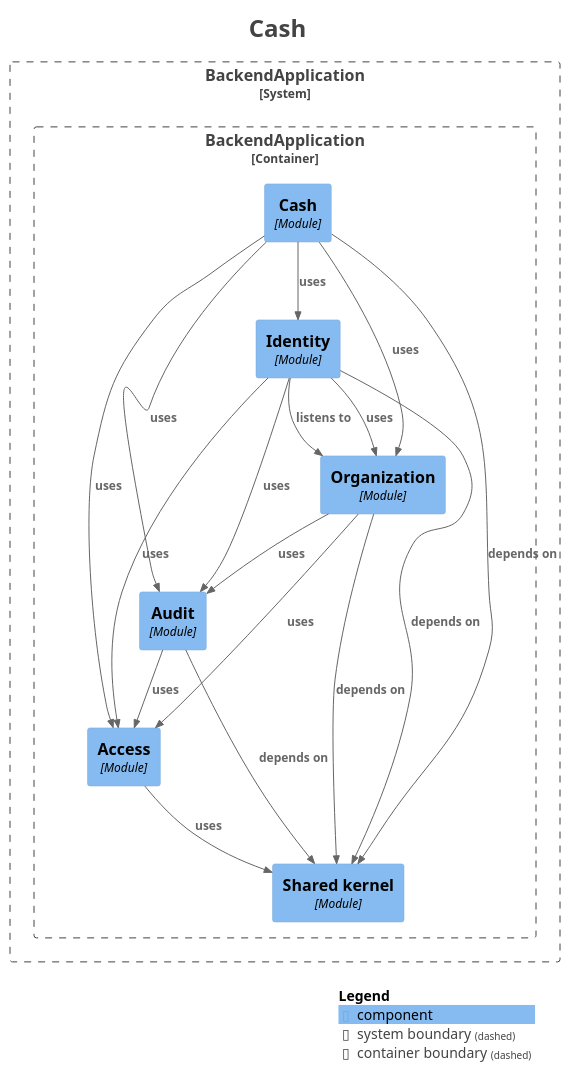
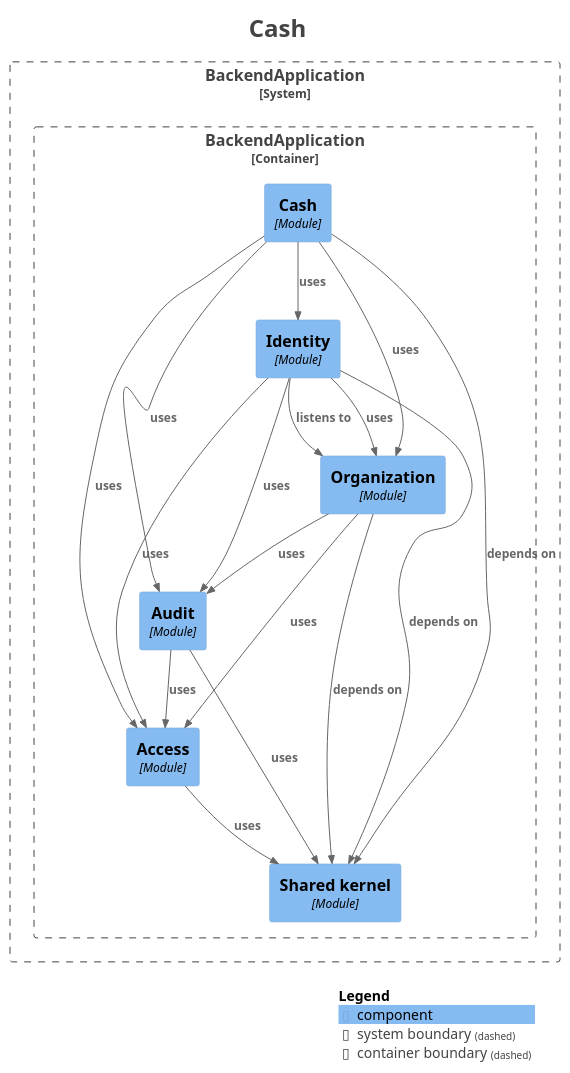
One commit to fxavier/restaurantePRO changed the diagram in docs/architecture/modules/module-cash.puml. Above: the diagram before and after it, drawn with PlantUML. The commit also changed 23 other files, not shown here.

```diff
--- a/docs/architecture/modules/module-cash.puml
+++ b/docs/architecture/modules/module-cash.puml
@@ -1,49 +1,49 @@
 @startuml
 title <size:24>Cash</size>
 
 set separator none
 top to bottom direction
 
 <style>
   root {
     BackgroundColor: #ffffff
     FontColor: #444444
   }
 </style>
 
 !include <C4/C4>
 !include <C4/C4_Context>
 !include <C4/C4_Component>
 
 System_Boundary("BackendApplication_boundary", "BackendApplication", $tags="") {
   Container_Boundary("BackendApplication.BackendApplication_boundary", "BackendApplication", $tags="") {
     Component(BackendApplication.BackendApplication.Identity, "Identity", $techn="Module", $descr="", $tags="", $link="")
     Component(BackendApplication.BackendApplication.Cash, "Cash", $techn="Module", $descr="", $tags="", $link="")
     Component(BackendApplication.BackendApplication.Sharedkernel, "Shared kernel", $techn="Module", $descr="", $tags="", $link="")
     Component(BackendApplication.BackendApplication.Access, "Access", $techn="Module", $descr="", $tags="", $link="")
     Component(BackendApplication.BackendApplication.Audit, "Audit", $techn="Module", $descr="", $tags="", $link="")
     Component(BackendApplication.BackendApplication.Organization, "Organization", $techn="Module", $descr="", $tags="", $link="")
   }
 
 }
 
+Rel(BackendApplication.BackendApplication.Organization, BackendApplication.BackendApplication.Sharedkernel, "depends on", $techn="", $tags="", $link="")
+Rel(BackendApplication.BackendApplication.Organization, BackendApplication.BackendApplication.Audit, "uses", $techn="", $tags="", $link="")
+Rel(BackendApplication.BackendApplication.Organization, BackendApplication.BackendApplication.Access, "uses", $techn="", $tags="", $link="")
+Rel(BackendApplication.BackendApplication.Cash, BackendApplication.BackendApplication.Sharedkernel, "depends on", $techn="", $tags="", $link="")
+Rel(BackendApplication.BackendApplication.Cash, BackendApplication.BackendApplication.Access, "uses", $techn="", $tags="", $link="")
+Rel(BackendApplication.BackendApplication.Cash, BackendApplication.BackendApplication.Audit, "uses", $techn="", $tags="", $link="")
+Rel(BackendApplication.BackendApplication.Cash, BackendApplication.BackendApplication.Organization, "uses", $techn="", $tags="", $link="")
+Rel(BackendApplication.BackendApplication.Cash, BackendApplication.BackendApplication.Identity, "uses", $techn="", $tags="", $link="")
 Rel(BackendApplication.BackendApplication.Audit, BackendApplication.BackendApplication.Access, "uses", $techn="", $tags="", $link="")
+Rel(BackendApplication.BackendApplication.Audit, BackendApplication.BackendApplication.Sharedkernel, "uses", $techn="", $tags="", $link="")
+Rel(BackendApplication.BackendApplication.Access, BackendApplication.BackendApplication.Sharedkernel, "uses", $techn="", $tags="", $link="")
 Rel(BackendApplication.BackendApplication.Identity, BackendApplication.BackendApplication.Organization, "listens to", $techn="", $tags="", $link="")
 Rel(BackendApplication.BackendApplication.Identity, BackendApplication.BackendApplication.Sharedkernel, "depends on", $techn="", $tags="", $link="")
 Rel(BackendApplication.BackendApplication.Identity, BackendApplication.BackendApplication.Access, "uses", $techn="", $tags="", $link="")
 Rel(BackendApplication.BackendApplication.Identity, BackendApplication.BackendApplication.Audit, "uses", $techn="", $tags="", $link="")
 Rel(BackendApplication.BackendApplication.Identity, BackendApplication.BackendApplication.Organization, "uses", $techn="", $tags="", $link="")
-Rel(BackendApplication.BackendApplication.Organization, BackendApplication.BackendApplication.Sharedkernel, "depends on", $techn="", $tags="", $link="")
-Rel(BackendApplication.BackendApplication.Organization, BackendApplication.BackendApplication.Audit, "uses", $techn="", $tags="", $link="")
-Rel(BackendApplication.BackendApplication.Organization, BackendApplication.BackendApplication.Access, "uses", $techn="", $tags="", $link="")
-Rel(BackendApplication.BackendApplication.Access, BackendApplication.BackendApplication.Sharedkernel, "uses", $techn="", $tags="", $link="")
-Rel(BackendApplication.BackendApplication.Cash, BackendApplication.BackendApplication.Sharedkernel, "depends on", $techn="", $tags="", $link="")
-Rel(BackendApplication.BackendApplication.Cash, BackendApplication.BackendApplication.Access, "uses", $techn="", $tags="", $link="")
-Rel(BackendApplication.BackendApplication.Cash, BackendApplication.BackendApplication.Audit, "uses", $techn="", $tags="", $link="")
-Rel(BackendApplication.BackendApplication.Cash, BackendApplication.BackendApplication.Organization, "uses", $techn="", $tags="", $link="")
-Rel(BackendApplication.BackendApplication.Cash, BackendApplication.BackendApplication.Identity, "uses", $techn="", $tags="", $link="")
-Rel(BackendApplication.BackendApplication.Audit, BackendApplication.BackendApplication.Sharedkernel, "depends on", $techn="", $tags="", $link="")
 
 SHOW_LEGEND(true)
 hide stereotypes
 @enduml
```
